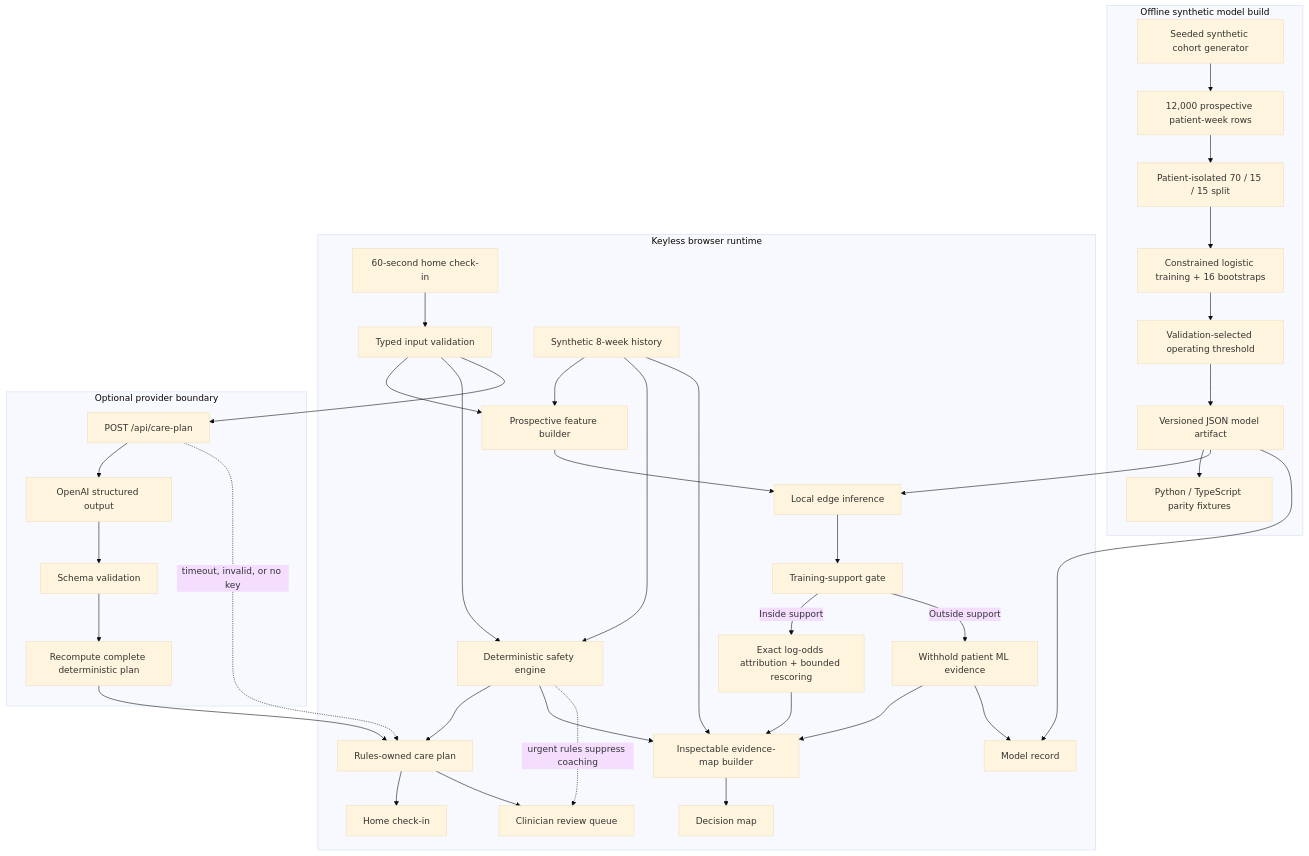
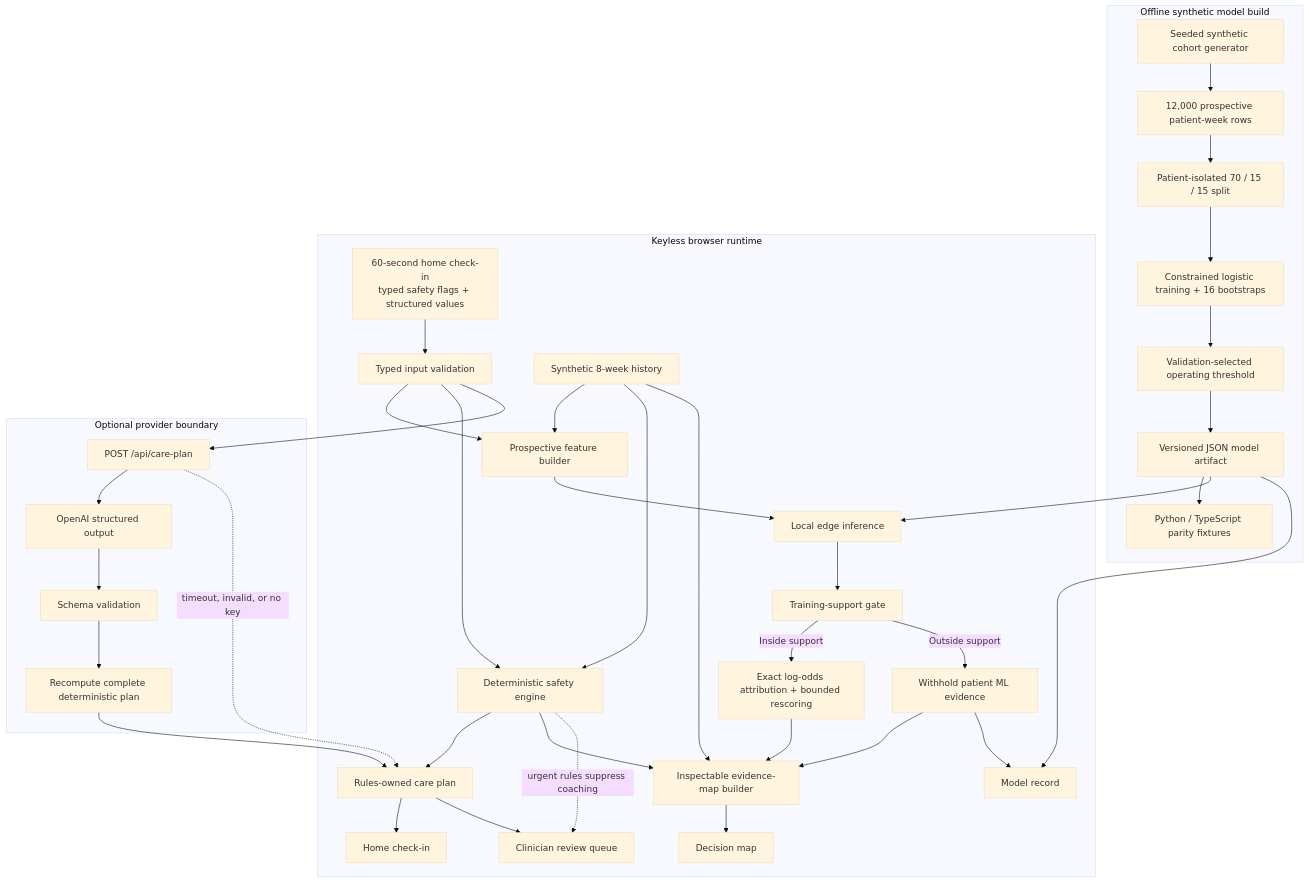
One commit to kevinmeix1/adherence-os changed the first of 2 diagrams in docs/architecture.md. Above: the diagram before and after it, drawn with Mermaid (base theme). The commit also changed other lines of this file and 18 other files, not shown here.

Commit message:
Add explicit red-flag safety input

````diff
--- a/docs/architecture.md
+++ b/docs/architecture.md
@@ -7,47 +7,47 @@
 ```mermaid
 flowchart TB
     subgraph Build["Offline synthetic model build"]
         Seed["Seeded synthetic cohort generator"] --> Cohort["12,000 prospective patient-week rows"]
         Cohort --> Split["Patient-isolated 70 / 15 / 15 split"]
         Split --> Train["Constrained logistic training + 16 bootstraps"]
         Train --> Select["Validation-selected operating threshold"]
         Select --> Artifact["Versioned JSON model artifact"]
         Artifact --> Parity["Python / TypeScript parity fixtures"]
     end
 
     subgraph Runtime["Keyless browser runtime"]
-        CheckIn["60-second home check-in"] --> Validate["Typed input validation"]
+        CheckIn["60-second home check-in<br/>typed safety flags + structured values"] --> Validate["Typed input validation"]
         History["Synthetic 8-week history"] --> Features["Prospective feature builder"]
         Validate --> Features
         Features --> Model["Local edge inference"]
         Artifact --> Model
         Model --> Support["Training-support gate"]
         Support -->|Inside support| Explain["Exact log-odds attribution + bounded rescoring"]
         Support -->|Outside support| Abstain["Withhold patient ML evidence"]
 
         Validate --> Safety["Deterministic safety engine"]
         History --> Safety
         Safety --> Plan["Rules-owned care plan"]
 
         Explain --> Graph["Inspectable evidence-map builder"]
         Abstain --> Graph
         Safety --> Graph
         History --> Graph
         Graph --> Live["Decision map"]
         Plan --> Patient["Home check-in"]
         Plan --> Queue["Clinician review queue"]
         Artifact --> Lab["Model record"]
         Abstain --> Lab
     end
 
     subgraph Optional["Optional provider boundary"]
         API["POST /api/care-plan"] --> LLM["OpenAI structured output"]
         LLM --> Schema["Schema validation"]
         Schema --> Recompute["Recompute complete deterministic plan"]
     end
 
     Validate --> API
     Recompute --> Plan
     API -. "timeout, invalid, or no key" .-> Plan
     Safety -. "urgent rules suppress coaching" .-> Queue
 ```
````
